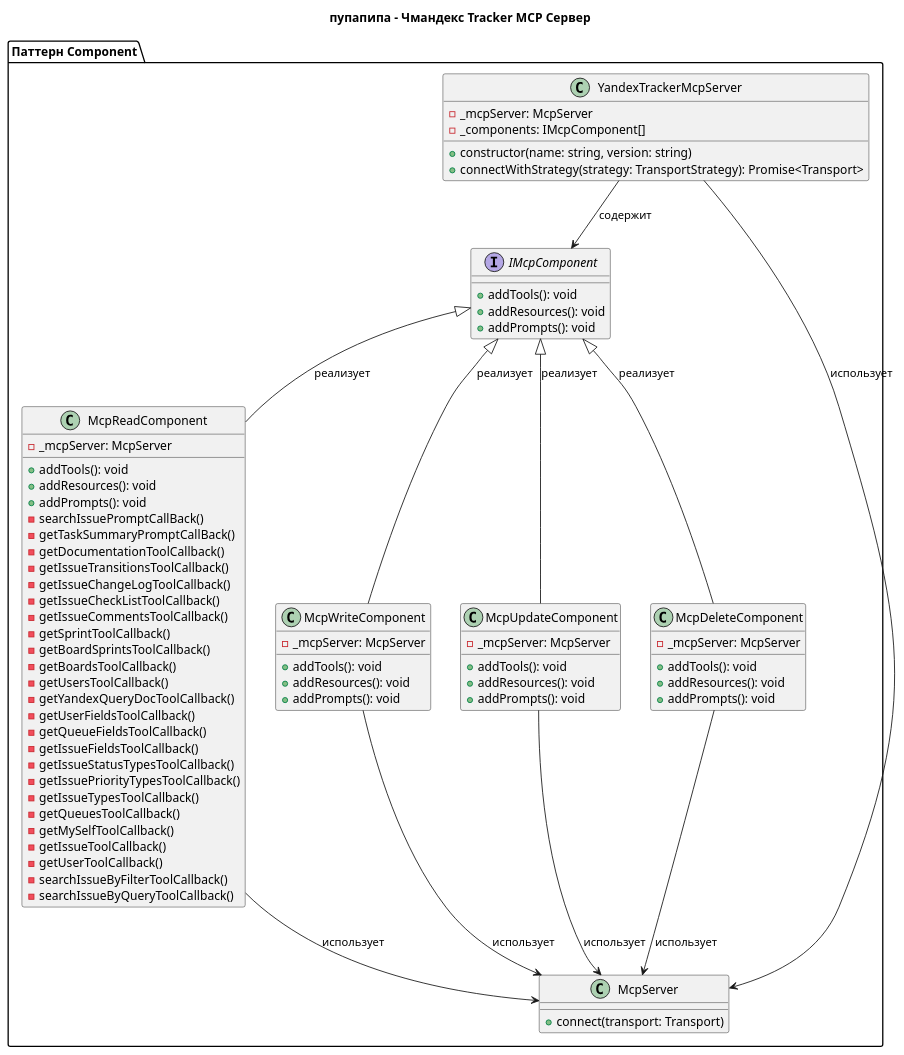
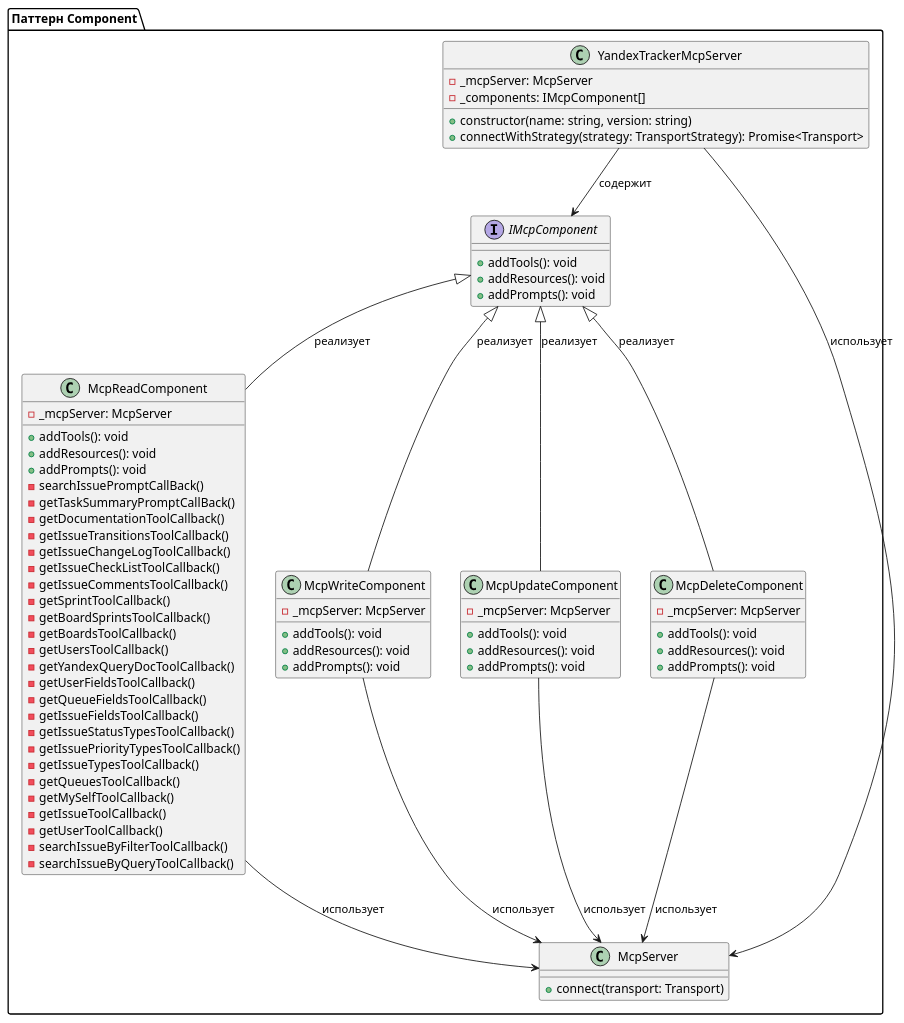
The diagram in documentation/uml/component_pattern_diagram.plantuml (Igordeveloperr/Yandex-tracker-MCP), drawn with PlantUML before and after one commit. The commit also changed 65 other files, not shown here.

```diff
--- a/documentation/uml/component_pattern_diagram.plantuml
+++ b/documentation/uml/component_pattern_diagram.plantuml
@@ -1,96 +1,94 @@
 @startuml ComponentPattern
 ' Диаграмма классов UML для паттерна Component в YandexTrackerMcpServer
-
-title пупапипа - Чмандекс Tracker MCP Сервер
 
 top to bottom direction
 
 package "Паттерн Component" {
   interface IMcpComponent {
     + addTools(): void
     + addResources(): void
     + addPrompts(): void
   }
 
   class McpReadComponent {
     - _mcpServer: McpServer
     + addTools(): void
     + addResources(): void
     + addPrompts(): void
     - searchIssuePromptCallBack()
     - getTaskSummaryPromptCallBack()
     - getDocumentationToolCallback()
     - getIssueTransitionsToolCallback()
     - getIssueChangeLogToolCallback()
     - getIssueCheckListToolCallback()
     - getIssueCommentsToolCallback()
     - getSprintToolCallback()
     - getBoardSprintsToolCallback()
     - getBoardsToolCallback()
     - getUsersToolCallback()
     - getYandexQueryDocToolCallback()
     - getUserFieldsToolCallback()
     - getQueueFieldsToolCallback()
     - getIssueFieldsToolCallback()
     - getIssueStatusTypesToolCallback()
     - getIssuePriorityTypesToolCallback()
     - getIssueTypesToolCallback()
     - getQueuesToolCallback()
     - getMySelfToolCallback()
     - getIssueToolCallback()
     - getUserToolCallback()
     - searchIssueByFilterToolCallback()
     - searchIssueByQueryToolCallback()
   }
 
   class McpWriteComponent {
     - _mcpServer: McpServer
     + addTools(): void
     + addResources(): void
     + addPrompts(): void
   }
 
   class McpUpdateComponent {
     - _mcpServer: McpServer
     + addTools(): void
     + addResources(): void
     + addPrompts(): void
   }
 
   class McpDeleteComponent {
     - _mcpServer: McpServer
     + addTools(): void
     + addResources(): void
     + addPrompts(): void
   }
 
   class YandexTrackerMcpServer {
     - _mcpServer: McpServer
     - _components: IMcpComponent[]
     + constructor(name: string, version: string)
     + connectWithStrategy(strategy: TransportStrategy): Promise<Transport>
   }
   
   class McpServer {
     + connect(transport: Transport)
   }
 }
 
 ' Размещение элементов по уровням
 YandexTrackerMcpServer -[hidden]--> McpServer
 
 ' Отношения
 IMcpComponent <|-- McpReadComponent : реализует
 IMcpComponent <|-- McpWriteComponent : реализует
 IMcpComponent <|-- McpUpdateComponent : реализует
 IMcpComponent <|-- McpDeleteComponent : реализует
 
 YandexTrackerMcpServer --> IMcpComponent : содержит
 YandexTrackerMcpServer --> McpServer : использует
 
 McpReadComponent --> McpServer : использует
 McpWriteComponent --> McpServer : использует
 McpUpdateComponent --> McpServer : использует
 McpDeleteComponent --> McpServer : использует
 
 @enduml
```
